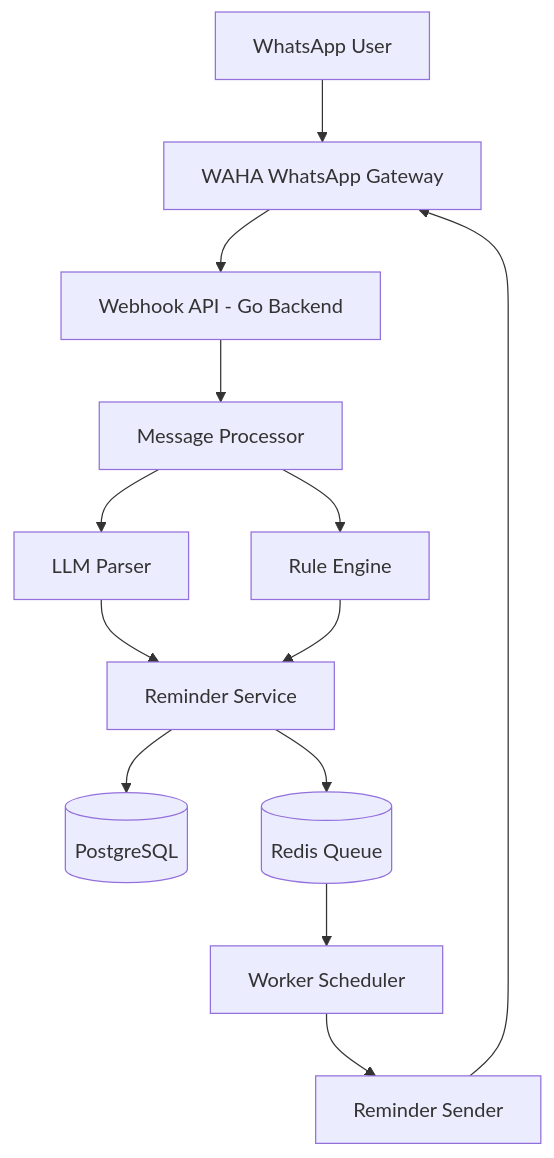
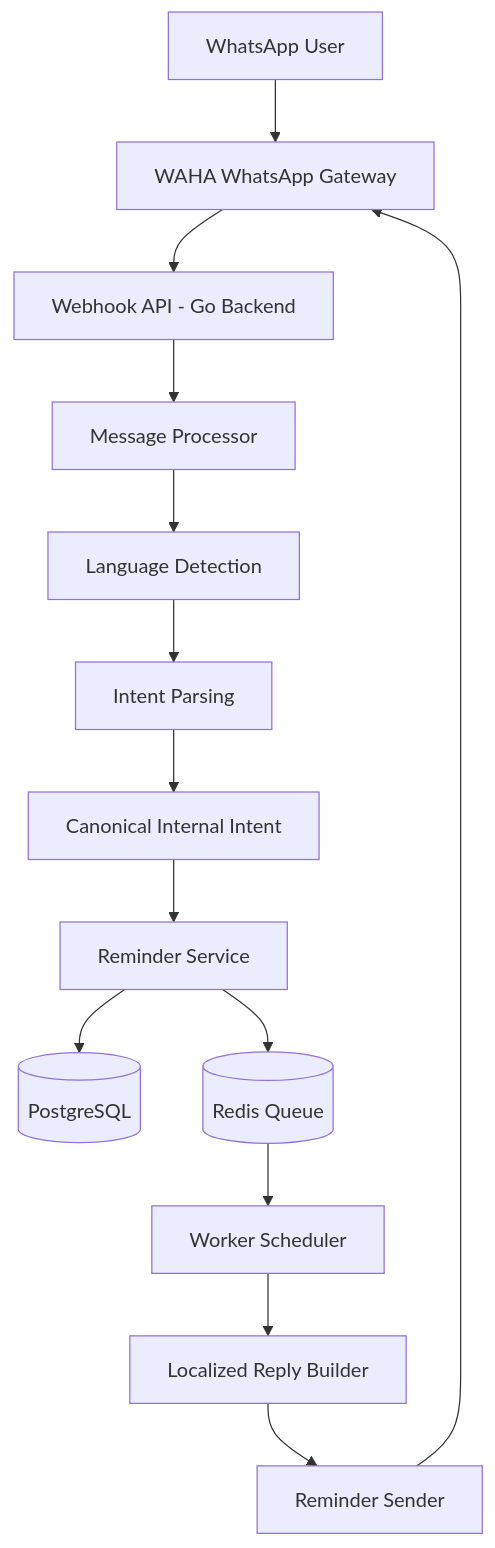
The first of 7 diagrams in docs/architecture.md (nazhifsetya27/Nemoris), drawn with Mermaid before and after one commit. The commit also changed other lines of this file and 26 other files, not shown here.

````diff
--- a/docs/architecture.md
+++ b/docs/architecture.md
@@ -47,27 +67,29 @@
 ```mermaid
 flowchart TD
 
 A[WhatsApp User] --> B[WAHA WhatsApp Gateway]
 
 B --> C[Webhook API - Go Backend]
 
 C --> D[Message Processor]
 
-D --> E[LLM Parser]
+D --> E[Language Detection]
 
-D --> F[Rule Engine]
+E --> F[Intent Parsing]
 
-E --> G[Reminder Service]
+F --> G[Canonical Internal Intent]
 
-F --> G
+G --> H[Reminder Service]
 
-G --> H[(PostgreSQL)]
+H --> I[(PostgreSQL)]
 
-G --> I[(Redis Queue)]
+H --> J[(Redis Queue)]
 
-I --> J[Worker Scheduler]
+J --> K[Worker Scheduler]
 
-J --> K[Reminder Sender]
+K --> L[Localized Reply Builder]
 
-K --> B
+L --> M[Reminder Sender]
+
+M --> B
 ```
````
